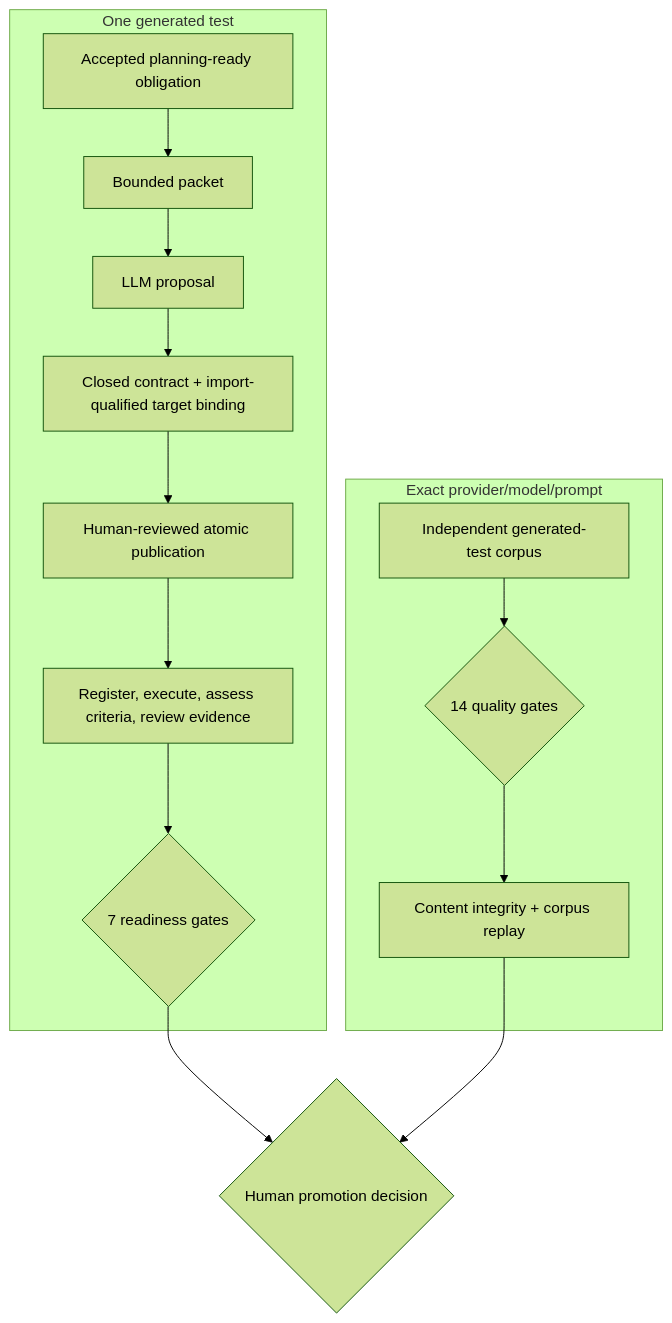
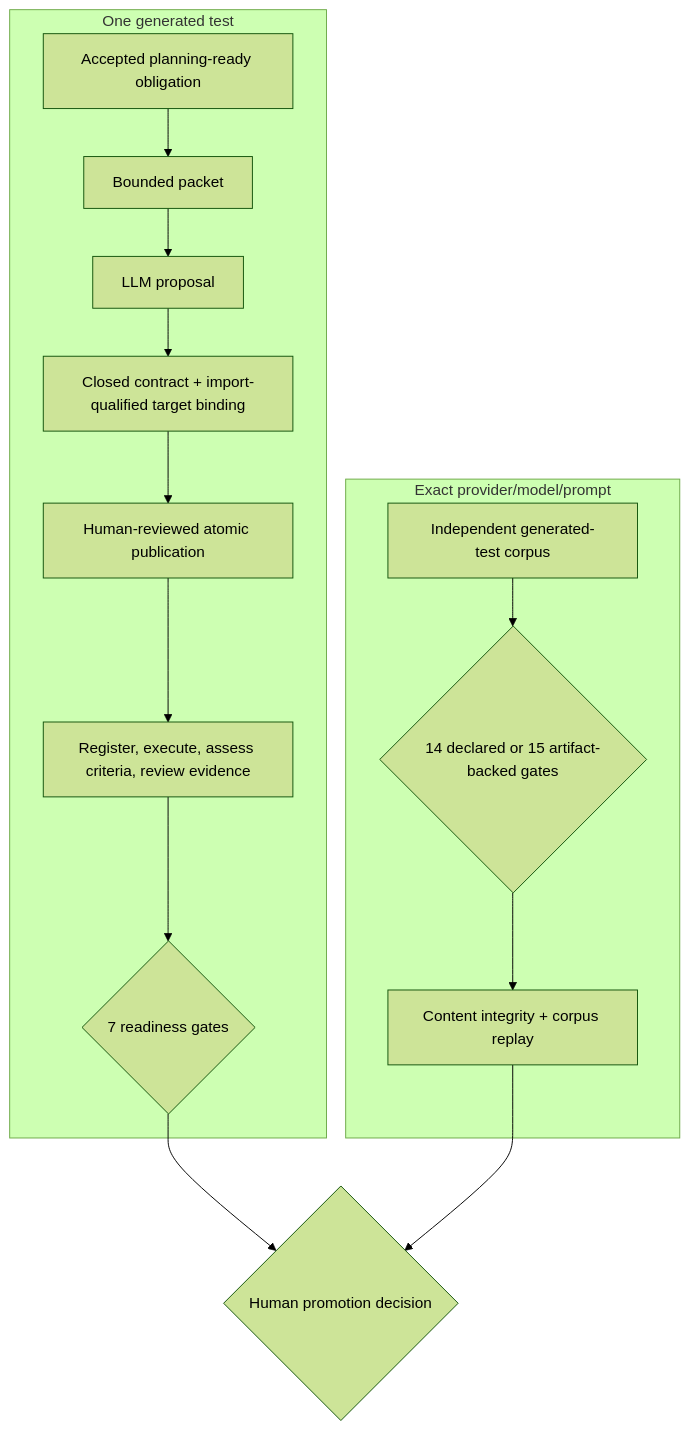
The fourth of 4 diagrams in docs/WORKFLOW.md (willtran87/project-py-sfmea), drawn with Mermaid (forest theme) before and after one commit. The commit also changed other lines of this file and 17 other files, not shown here.

Commit message:
Add artifact-backed generated-test qualification

````diff
--- a/docs/WORKFLOW.md
+++ b/docs/WORKFLOW.md
@@ -706,17 +706,17 @@
 ```mermaid
 flowchart TB
   subgraph TEST["One generated test"]
     O["Accepted planning-ready obligation"] --> P["Bounded packet"]
     P --> L["LLM proposal"]
     L --> B["Closed contract + import-qualified target binding"]
     B --> H["Human-reviewed atomic publication"]
     H --> E["Register, execute, assess criteria, review evidence"]
     E --> R{"7 readiness gates"}
   end
   subgraph QUAL["Exact provider/model/prompt"]
-    C["Independent generated-test corpus"] --> G{"14 quality gates"}
+    C["Independent generated-test corpus"] --> G{"14 declared or 15 artifact-backed gates"}
     G --> V["Content integrity + corpus replay"]
   end
   R --> D{"Human promotion decision"}
   V --> D
 ```
````
